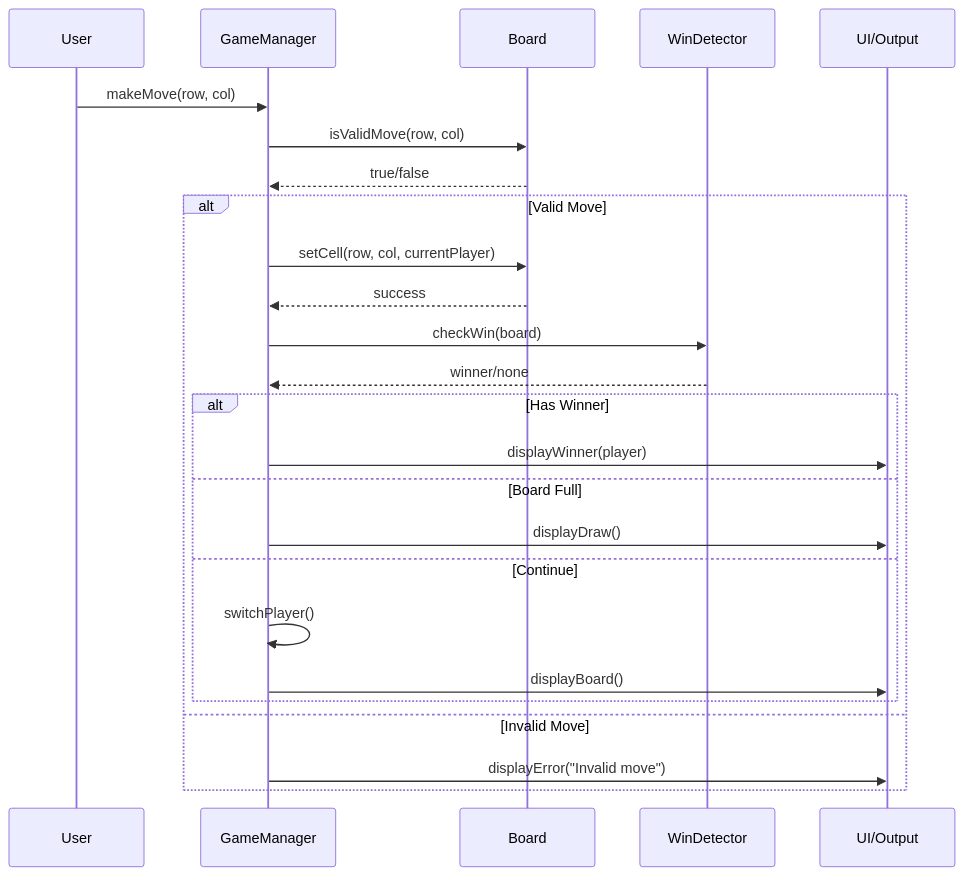
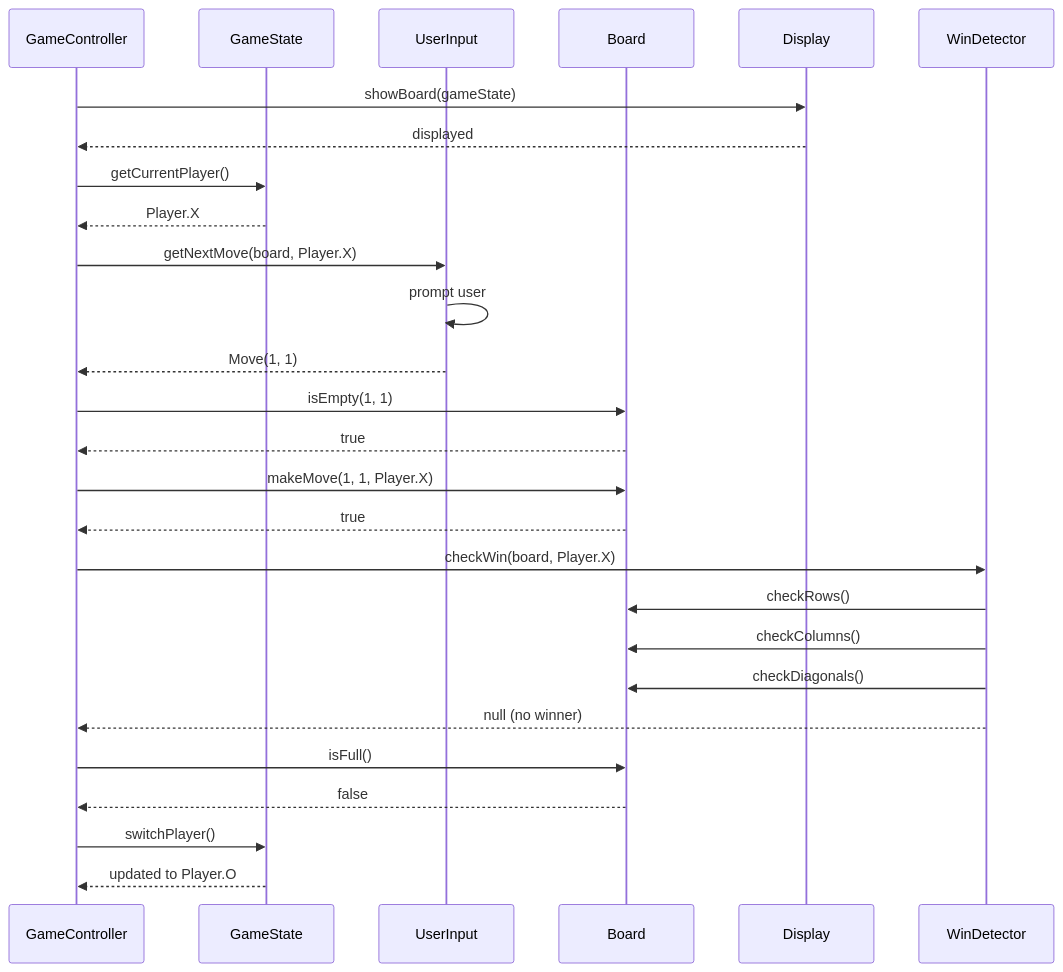
Before and after one commit to jashar86/tic-tac-toe: the seventh of 15 diagrams in docs/REFERENCE_ARCHITECTURE.md, drawn with Mermaid. The commit also changed other lines of this file, not shown here.

````diff
--- a/docs/REFERENCE_ARCHITECTURE.md
+++ b/docs/REFERENCE_ARCHITECTURE.md
@@ -285,30 +640,37 @@
 ```mermaid
 sequenceDiagram
-    participant U as User
-    participant GM as GameManager
+    participant GC as GameController
+    participant GS as GameState
+    participant UI as UserInput
     participant B as Board
+    participant D as Display
     participant WD as WinDetector
-    participant UI as UI/Output
 
-    U->>GM: makeMove(row, col)
-    GM->>B: isValidMove(row, col)
-    B-->>GM: true/false
+    GC->>D: showBoard(gameState)
+    D-->>GC: displayed
 
-    alt Valid Move
-        GM->>B: setCell(row, col, currentPlayer)
-        B-->>GM: success
-        GM->>WD: checkWin(board)
-        WD-->>GM: winner/none
+    GC->>GS: getCurrentPlayer()
+    GS-->>GC: Player.X
 
-        alt Has Winner
-            GM->>UI: displayWinner(player)
-        else Board Full
-            GM->>UI: displayDraw()
-        else Continue
-            GM->>GM: switchPlayer()
-            GM->>UI: displayBoard()
-        end
-    else Invalid Move
-        GM->>UI: displayError("Invalid move")
-    end
+    GC->>UI: getNextMove(board, Player.X)
+    UI->>UI: prompt user
+    UI-->>GC: Move(1, 1)
+
+    GC->>B: isEmpty(1, 1)
+    B-->>GC: true
+
+    GC->>B: makeMove(1, 1, Player.X)
+    B-->>GC: true
+
+    GC->>WD: checkWin(board, Player.X)
+    WD->>B: checkRows()
+    WD->>B: checkColumns()
+    WD->>B: checkDiagonals()
+    WD-->>GC: null (no winner)
+
+    GC->>B: isFull()
+    B-->>GC: false
+
+    GC->>GS: switchPlayer()
+    GS-->>GC: updated to Player.O
 ```
````
